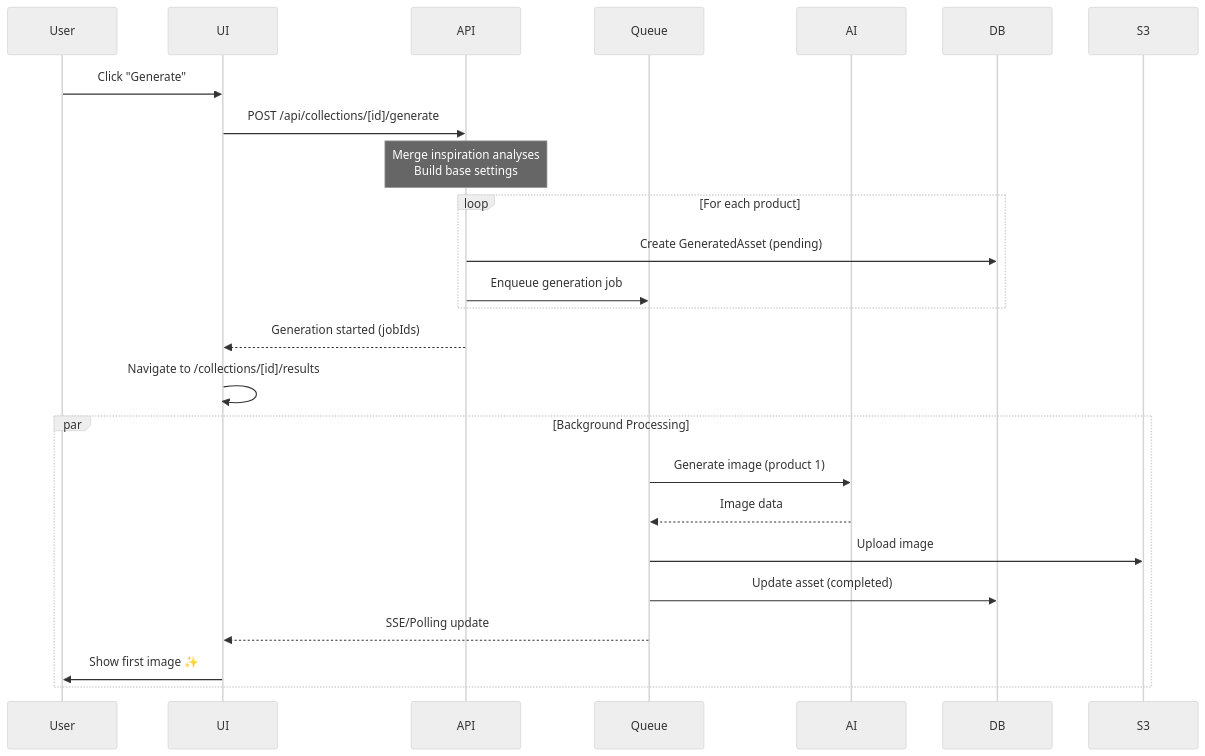
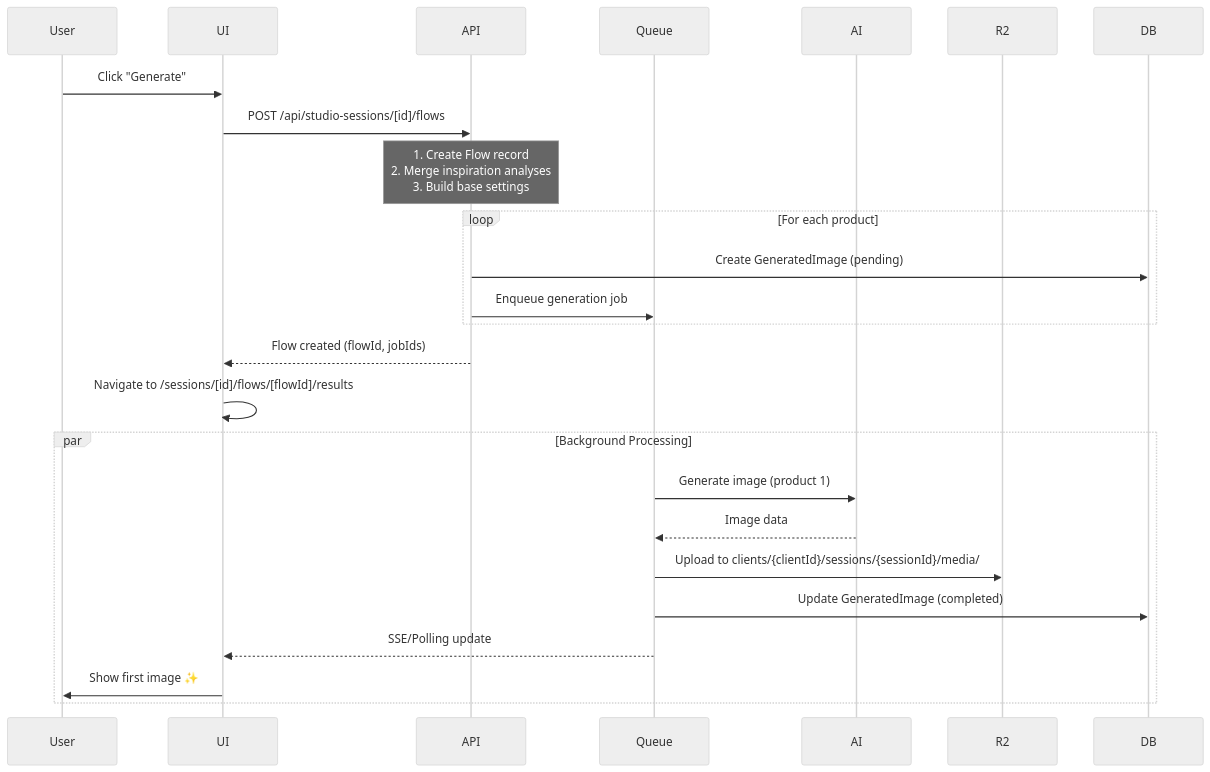
One commit to shlior7/epox-monorepo changed the sixth of 13 diagrams in apps/scenergy-visualizer/design-log/004-user-flows-journey.md. Above: the diagram before and after it, drawn with Mermaid (neutral theme). The commit also changed other lines of this file and 8 other files, not shown here.

````diff
--- a/apps/scenergy-visualizer/design-log/004-user-flows-journey.md
+++ b/apps/scenergy-visualizer/design-log/004-user-flows-journey.md
@@ -689,30 +763,31 @@
 ```mermaid
 sequenceDiagram
     participant User
     participant UI
     participant API
     participant Queue
     participant AI
+    participant R2
 
     User->>UI: Click "Generate"
-    UI->>API: POST /api/collections/[id]/generate
+    UI->>API: POST /api/studio-sessions/[id]/flows
 
-    Note over API: Merge inspiration analyses<br/>Build base settings
+    Note over API: 1. Create Flow record<br/>2. Merge inspiration analyses<br/>3. Build base settings
 
     loop For each product
-        API->>DB: Create GeneratedAsset (pending)
+        API->>DB: Create GeneratedImage (pending)
         API->>Queue: Enqueue generation job
     end
 
-    API-->>UI: Generation started (jobIds)
-    UI->>UI: Navigate to /collections/[id]/results
+    API-->>UI: Flow created (flowId, jobIds)
+    UI->>UI: Navigate to /sessions/[id]/flows/[flowId]/results
 
     par Background Processing
         Queue->>AI: Generate image (product 1)
         AI-->>Queue: Image data
-        Queue->>S3: Upload image
-        Queue->>DB: Update asset (completed)
+        Queue->>R2: Upload to clients/{clientId}/sessions/{sessionId}/media/
+        Queue->>DB: Update GeneratedImage (completed)
         Queue-->>UI: SSE/Polling update
         UI->>User: Show first image ✨
     end
 ```
````
